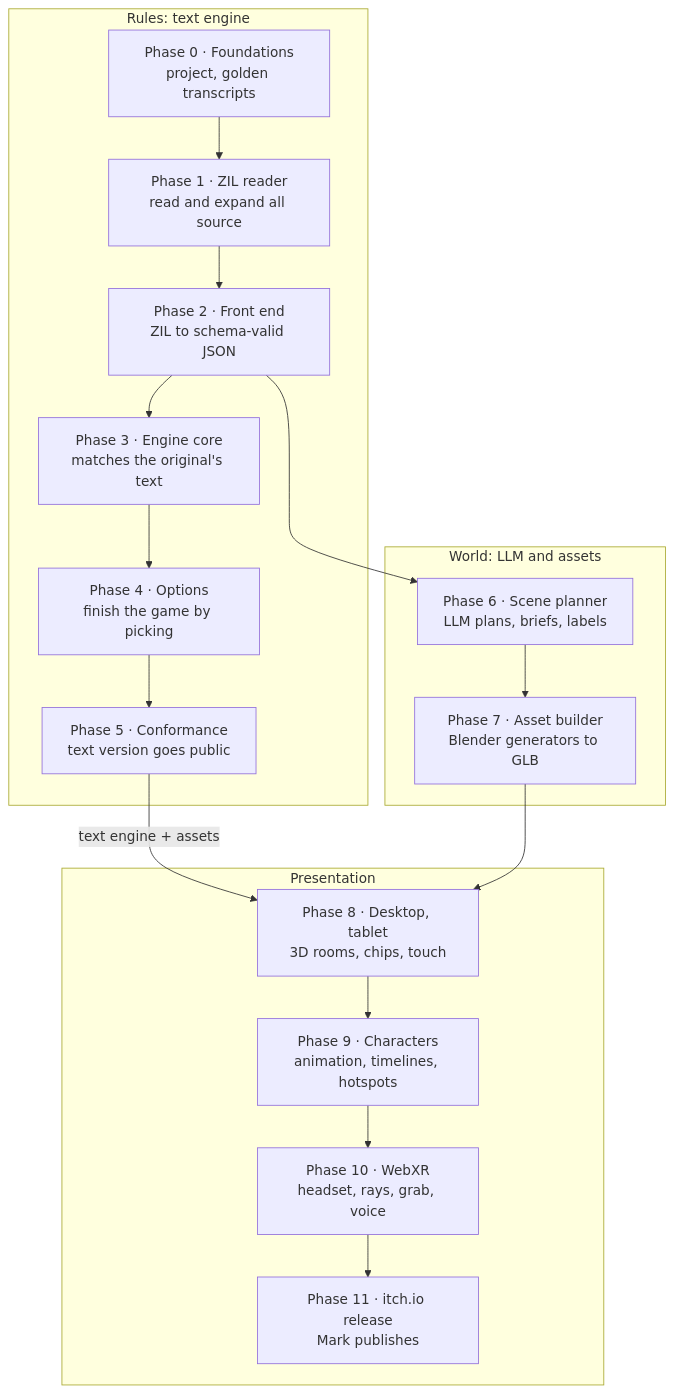
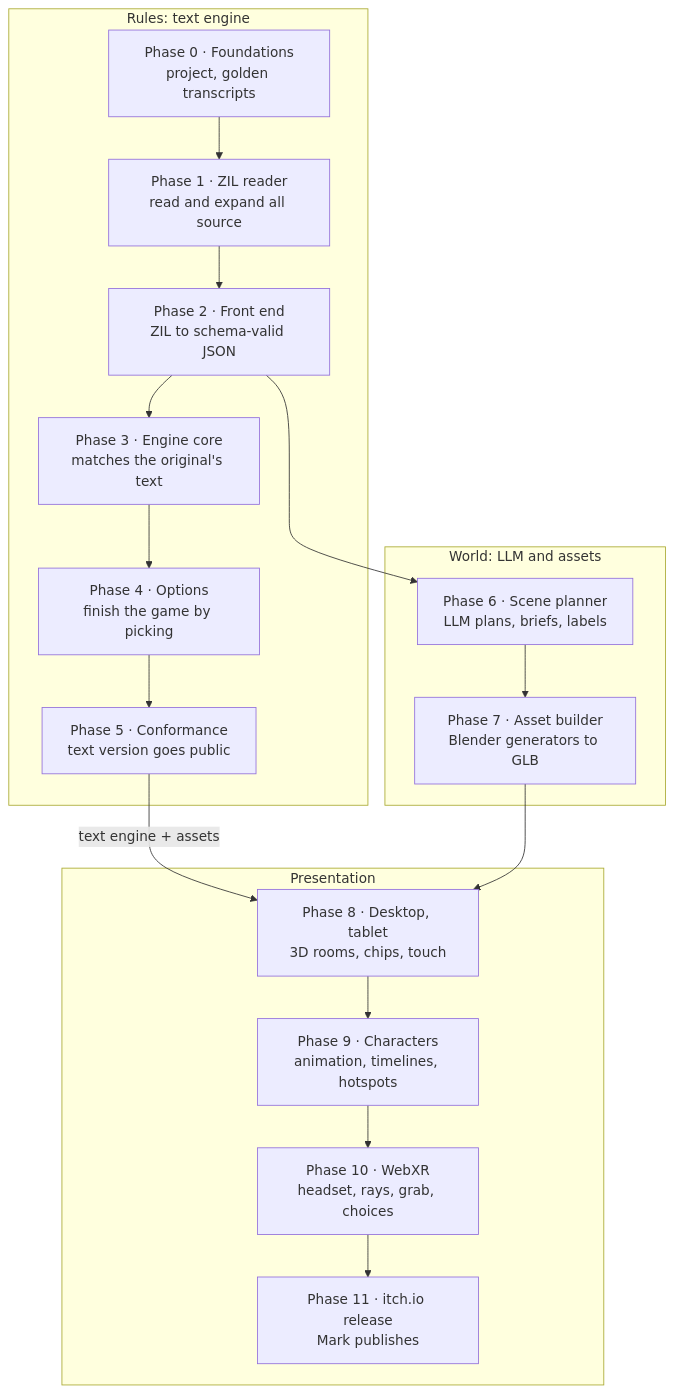
One commit to kariato/zxr changed the diagram in docs/build-plan.md. Above: the diagram before and after it, drawn with Mermaid. The commit also changed other lines of this file and 91 other files, not shown here.

````diff
--- a/docs/build-plan.md
+++ b/docs/build-plan.md
@@ -31,15 +31,15 @@
 ```mermaid
 flowchart TB
   subgraph rules["Rules: text engine"]
     P0["Phase 0 · Foundations<br/>project, golden transcripts"] --> P1["Phase 1 · ZIL reader<br/>read and expand all source"] --> P2["Phase 2 · Front end<br/>ZIL to schema-valid JSON"] --> P3["Phase 3 · Engine core<br/>matches the original's text"] --> P4["Phase 4 · Options<br/>finish the game by picking"] --> P5["Phase 5 · Conformance<br/>text version goes public"]
   end
   subgraph world["World: LLM and assets"]
     P6["Phase 6 · Scene planner<br/>LLM plans, briefs, labels"] --> P7["Phase 7 · Asset builder<br/>Blender generators to GLB"]
   end
   subgraph pres["Presentation"]
-    P8["Phase 8 · Desktop, tablet<br/>3D rooms, chips, touch"] --> P9["Phase 9 · Characters<br/>animation, timelines, hotspots"] --> P10["Phase 10 · WebXR<br/>headset, rays, grab, voice"] --> P11["Phase 11 · itch.io release<br/>Mark publishes"]
+    P8["Phase 8 · Desktop, tablet<br/>3D rooms, chips, touch"] --> P9["Phase 9 · Characters<br/>animation, timelines, hotspots"] --> P10["Phase 10 · WebXR<br/>headset, rays, grab, choices"] --> P11["Phase 11 · itch.io release<br/>Mark publishes"]
   end
   P2 --> P6
   P5 -- text engine + assets --> P8
   P7 --> P8
 ```
````
